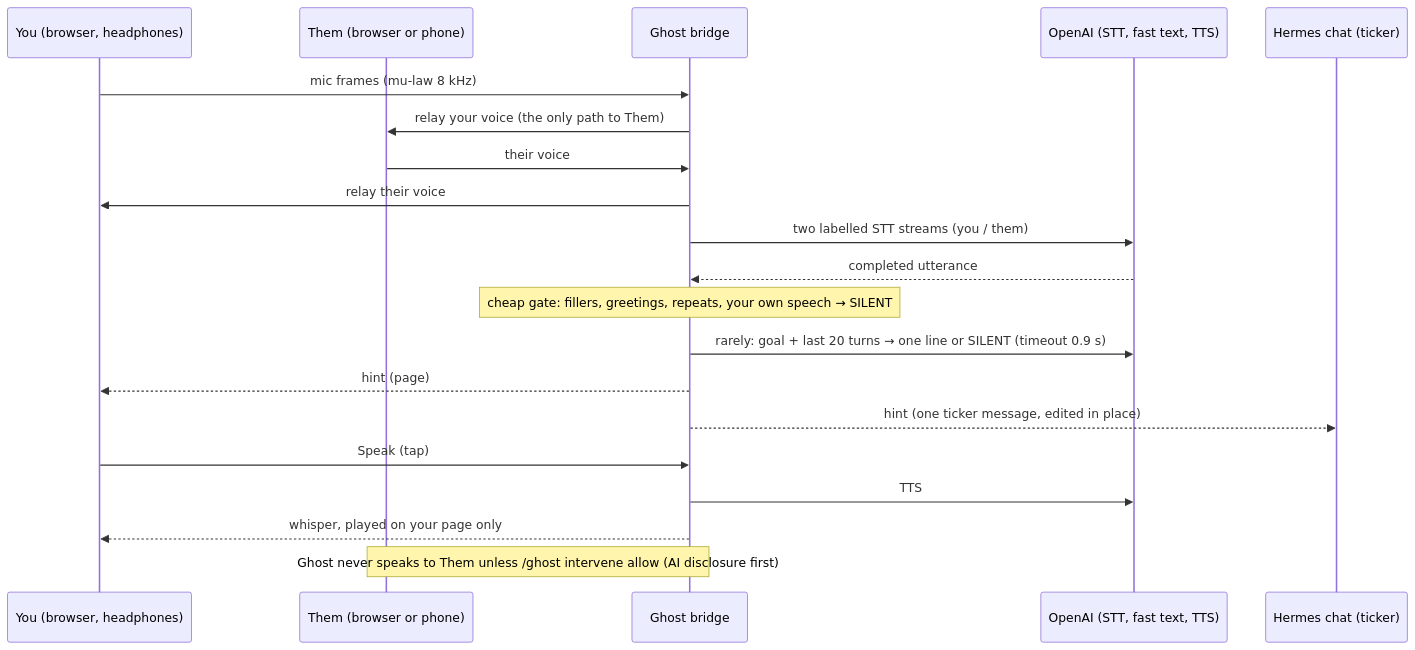
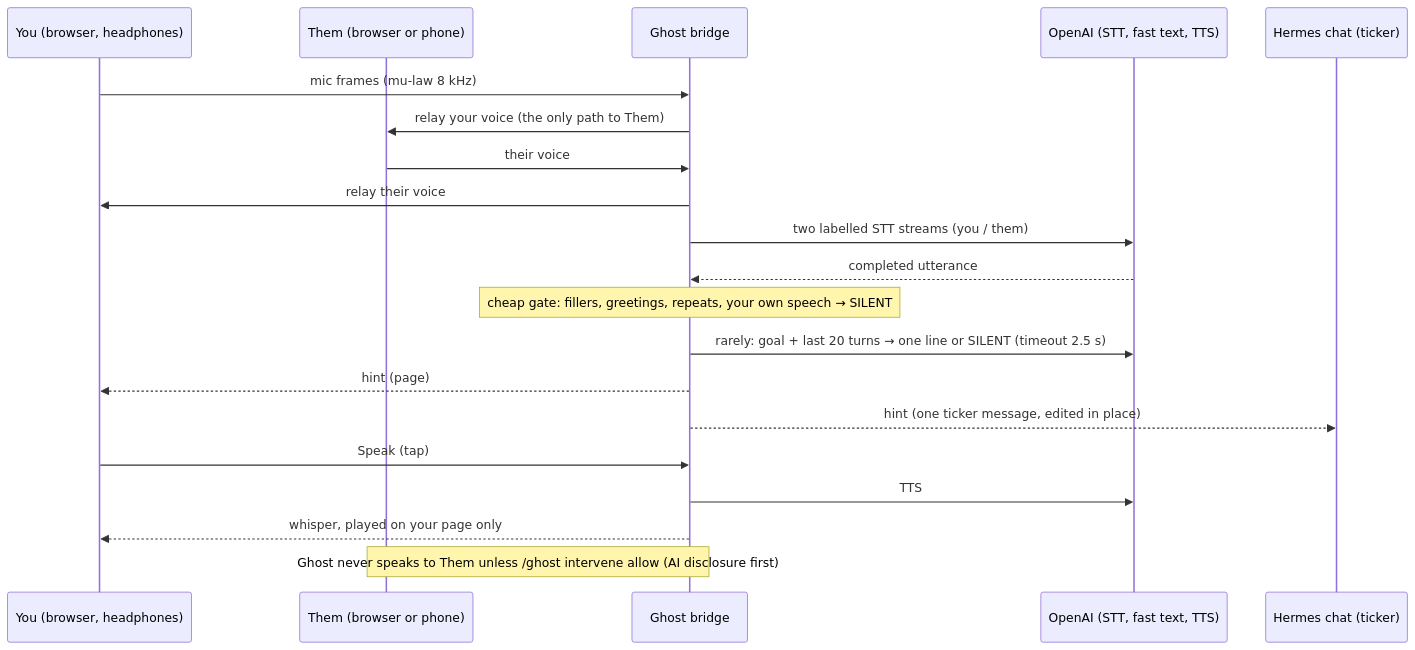
Before and after one commit to enckequity/hermes-ghost-call: the diagram in README.md, drawn with Mermaid. The commit also changed other lines of this file and 6 other files, not shown here.

````diff
--- a/README.md
+++ b/README.md
@@ -34,23 +34,23 @@
 ```mermaid
 sequenceDiagram
     participant You as You (browser, headphones)
     participant Them as Them (browser or phone)
     participant Bridge as Ghost bridge
     participant AI as OpenAI (STT, fast text, TTS)
     participant Chat as Hermes chat (ticker)
 
     You->>Bridge: mic frames (mu-law 8 kHz)
     Bridge->>Them: relay your voice (the only path to Them)
     Them->>Bridge: their voice
     Bridge->>You: relay their voice
     Bridge->>AI: two labelled STT streams (you / them)
     AI-->>Bridge: completed utterance
     Note over Bridge: cheap gate: fillers, greetings, repeats, your own speech → SILENT
-    Bridge->>AI: rarely: goal + last 20 turns → one line or SILENT (timeout 0.9 s)
+    Bridge->>AI: rarely: goal + last 20 turns → one line or SILENT (timeout 2.5 s)
     Bridge-->>You: hint (page)
     Bridge-->>Chat: hint (one ticker message, edited in place)
     You->>Bridge: Speak (tap)
     Bridge->>AI: TTS
     Bridge-->>You: whisper, played on your page only
     Note over Bridge,Them: Ghost never speaks to Them unless /ghost intervene allow (AI disclosure first)
 ```
````
